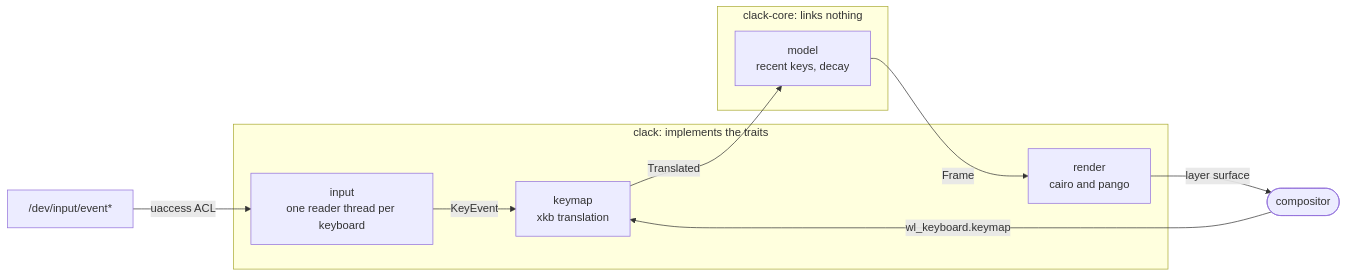
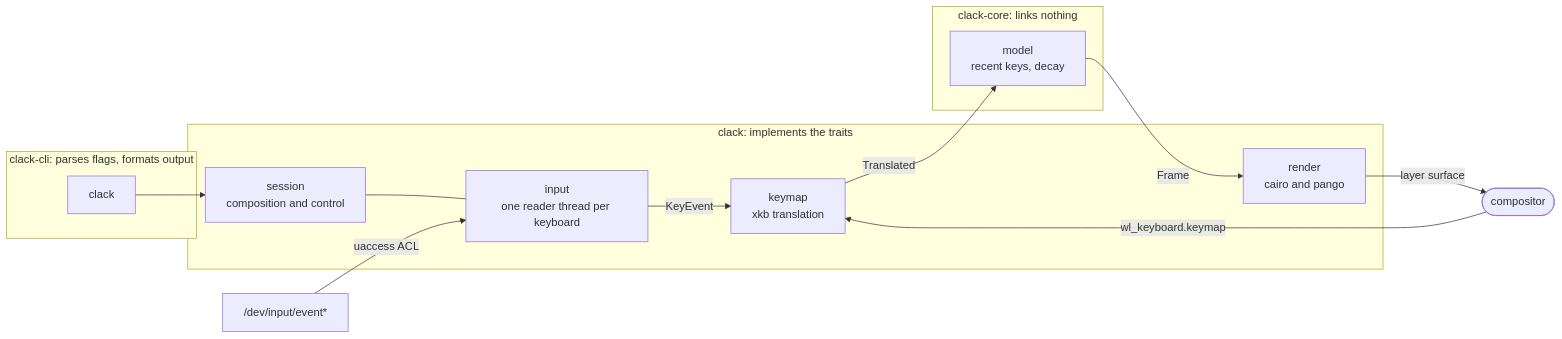
Before and after one commit to fnune/clack: the diagram in DESIGN.md, drawn with Mermaid. The commit also changed other lines of this file and 18 other files, not shown here.

````diff
--- a/DESIGN.md
+++ b/DESIGN.md
@@ -55,22 +55,30 @@
 ```mermaid
 flowchart LR
   dev["/dev/input/event*"]
   kwin(["compositor"])
 
+  subgraph cli["clack-cli: parses flags, formats output"]
+    main["clack"]
+  end
+
   subgraph clack["clack: implements the traits"]
     reader["input<br/>one reader thread per keyboard"]
     trans["keymap<br/>xkb translation"]
     render["render<br/>cairo and pango"]
+    session["session<br/>composition and control"]
   end
 
   subgraph core["clack-core: links nothing"]
     model["model<br/>recent keys, decay"]
   end
+
+  main --> session
+  session --- reader
 
   dev -->|"uaccess ACL"| reader
   reader -->|KeyEvent| trans
   kwin -->|"wl_keyboard.keymap"| trans
   trans -->|Translated| model
   model -->|Frame| render
   render -->|"layer surface"| kwin
 ```
````
